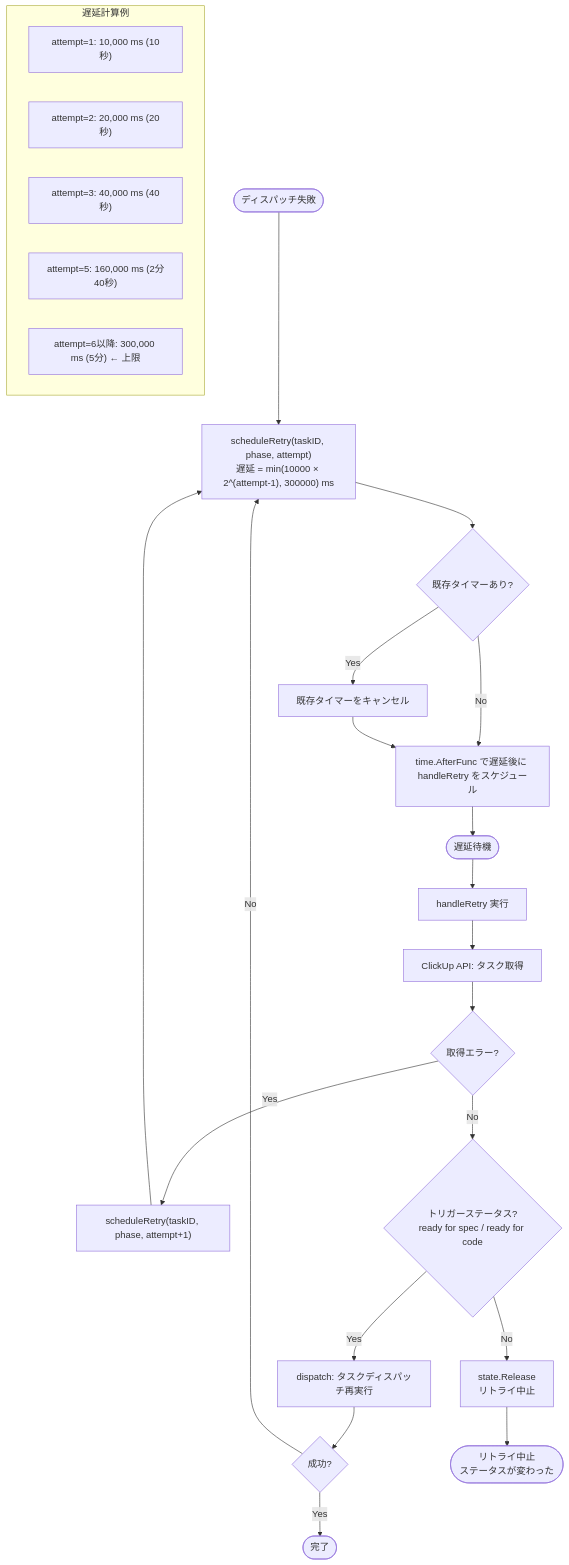
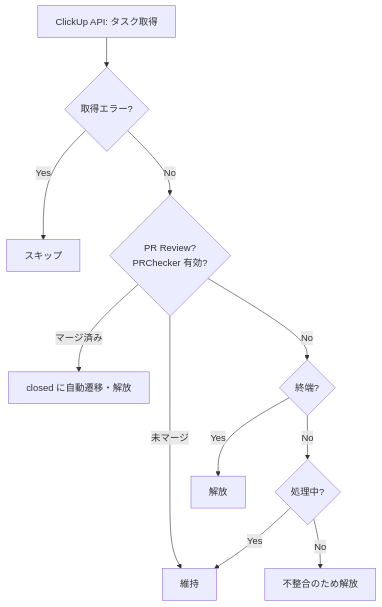
Before and after one commit to alanse-inc/clickup-ai-workflow-tracker: the third of 5 diagrams in docs/flow.md, drawn with Mermaid. The commit also changed other lines of this file and 2 other files, not shown here.

````diff
--- a/docs/flow.md
+++ b/docs/flow.md
@@ -91,33 +57,13 @@
 ```mermaid
 flowchart TD
-    FAIL([ディスパッチ失敗]) --> SCHEDULE["scheduleRetry(taskID, phase, attempt)\n遅延 = min(10000 × 2^(attempt-1), 300000) ms"]
-    SCHEDULE --> EXISTING{既存タイマーあり?}
-    EXISTING -- Yes --> STOP_OLD[既存タイマーをキャンセル]
-    EXISTING -- No --> SET_TIMER
-    STOP_OLD --> SET_TIMER[time.AfterFunc で遅延後に handleRetry をスケジュール]
-
-    SET_TIMER --> WAIT([遅延待機])
-    WAIT --> HANDLE[handleRetry 実行]
-    HANDLE --> GET_TASK2[ClickUp API: タスク取得]
-    GET_TASK2 --> GET_ERR2{取得エラー?}
-    GET_ERR2 -- Yes --> RETRY_AGAIN["scheduleRetry(taskID, phase, attempt+1)"]
-    RETRY_AGAIN --> SCHEDULE
-
-    GET_ERR2 -- No --> IS_TRIGGER{トリガーステータス?\nready for spec / ready for code}
-    IS_TRIGGER -- Yes --> DISPATCH2[dispatch: タスクディスパッチ再実行]
-    IS_TRIGGER -- No --> RELEASE2[state.Release\nリトライ中止]
-
-    DISPATCH2 --> SUCCESS{成功?}
-    SUCCESS -- Yes --> DONE([完了])
-    SUCCESS -- No --> SCHEDULE
-
-    RELEASE2 --> ABORT([リトライ中止\nステータスが変わった])
-
-    subgraph 遅延計算例
-        D1["attempt=1: 10,000 ms (10秒)"]
-        D2["attempt=2: 20,000 ms (20秒)"]
-        D3["attempt=3: 40,000 ms (40秒)"]
-        D4["attempt=5: 160,000 ms (2分40秒)"]
-        D5["attempt=6以降: 300,000 ms (5分) ← 上限"]
-    end
+    GET[ClickUp API: タスク取得] --> GET_ERR{取得エラー?}
+    GET_ERR -- Yes --> SKIP[スキップ]
+    GET_ERR -- No --> PR{PR Review?\nPRChecker 有効?}
+    PR -- "マージ済み" --> CLOSE[closed に自動遷移・解放]
+    PR -- "未マージ" --> KEEP[維持]
+    PR -- No --> TERMINAL{終端?}
+    TERMINAL -- Yes --> RELEASE1[解放]
+    TERMINAL -- No --> PROCESSING{処理中?}
+    PROCESSING -- Yes --> KEEP
+    PROCESSING -- No --> RELEASE2[不整合のため解放]
 ```
````
